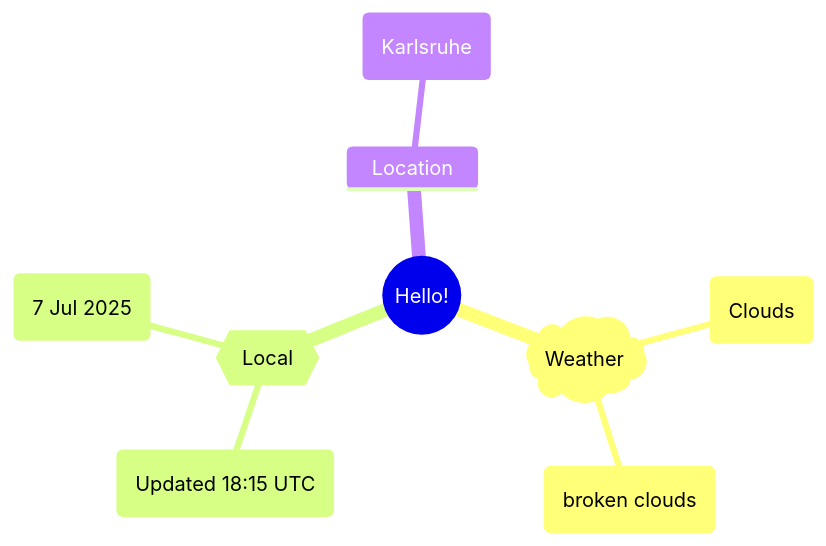
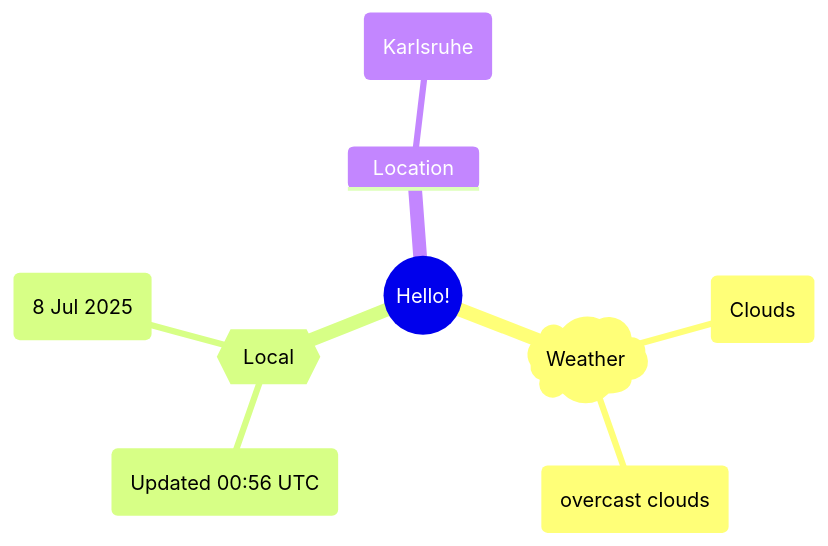
Before and after one commit to Xosrov/Xosrov: the first of 2 diagrams in README.md, drawn with Mermaid.

Commit message:
[bot] updated images

````diff
--- a/README.md
+++ b/README.md
@@ -3,12 +3,12 @@
 ```mermaid
 mindmap
   root((Hello!))
     )Weather(
         (Clouds)
-        (broken clouds)
+        (overcast clouds)
     {{Local}}
-        (Updated 18:15 UTC)
-        (7 Jul 2025)
+        (Updated 00:56 UTC)
+        (8 Jul 2025)
     Location
         (Karlsruhe)
 ```
````
